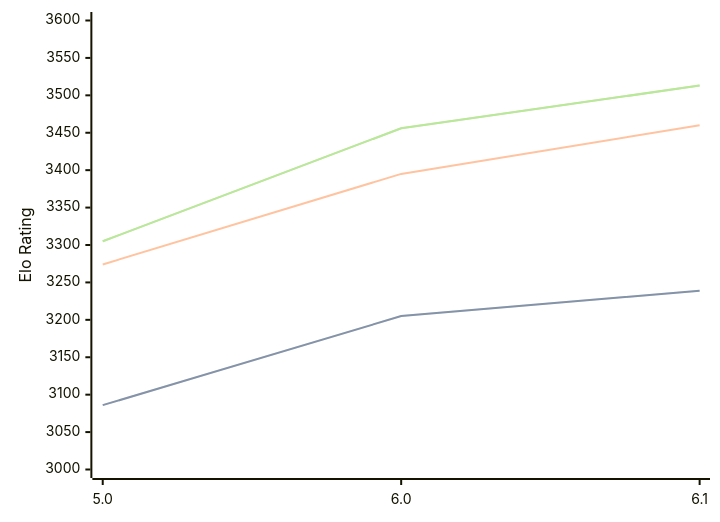
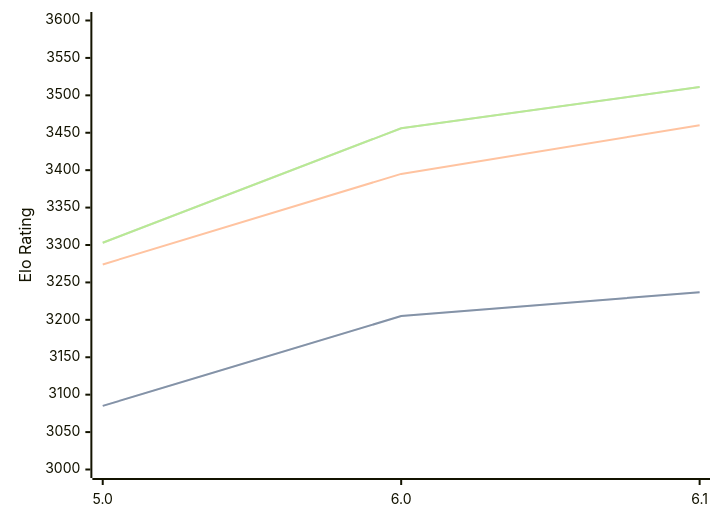
One commit to computer-chess-index/cci changed the diagram in engines/PZChessBot.md. Above: the diagram before and after it, drawn with Mermaid. The commit also changed other lines of this file, not shown here.

Commit message:
Update CCI Ratings (ELO VLTC) - 2026-03-16

````diff
--- a/engines/PZChessBot.md
+++ b/engines/PZChessBot.md
@@ -40,11 +40,11 @@
 ```mermaid
 %%{init: {"theme":"base","themeVariables":{"seriesColors:['#a3a3a3','#222221','#faa371']}}}%%
 xychart-beta
   x-axis ["5.0", "6.0", "6.1"]
   y-axis "Elo Rating" 3000 --> 3600
-  line "STC (8.0+0.08s)" [3086, 3205, 3239]
-  line "STC (8.0+0.08s)" [3086, 3205, 3239]
+  line "STC (8.0+0.08s)" [3085, 3205, 3237]
+  line "STC (8.0+0.08s)" [3085, 3205, 3237]
   line "LTC (60.0+0.60s)" [3274, 3395, 3460]
-  line "VLTC (2m24s+1.12s)" [3305, 3456, 3513]
-  line "VLTC (2m24s+1.12s)" [3305, 3456, 3513]
+  line "VLTC (2m24s+1.12s)" [3303, 3456, 3511]
+  line "VLTC (2m24s+1.12s)" [3303, 3456, 3511]
 ```
````
